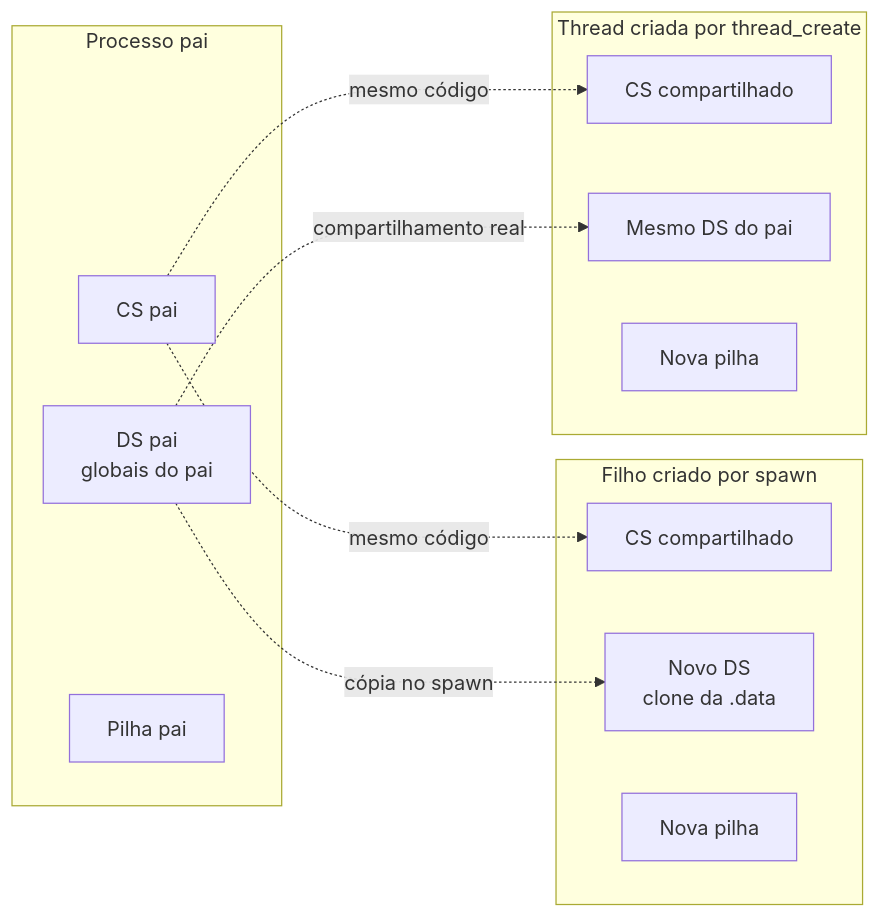
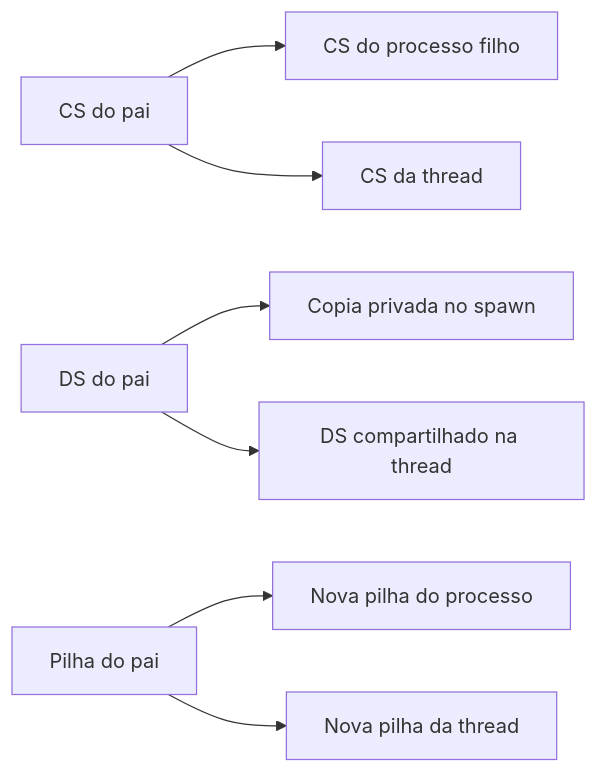
Before and after one commit to garme/cafe_os: the fourth of 6 diagrams in README.md, drawn with Mermaid. The commit also changed other lines of this file, not shown here.

````diff
--- a/README.md
+++ b/README.md
@@ -314,25 +309,9 @@
 ```mermaid
-flowchart LR
-    subgraph PAI[Processo pai]
-        PCS[CS pai]
-        PDS[DS pai<br/>globais do pai]
-        PSTK[Pilha pai]
-    end
-
-    subgraph SPAWN[Filho criado por spawn]
-        SCS[CS compartilhado]
-        SDS[Novo DS<br/>clone da .data]
-        SSTK[Nova pilha]
-    end
-
-    subgraph THREAD[Thread criada por thread_create]
-        TCS[CS compartilhado]
-        TDS[Mesmo DS do pai]
-        TSTK[Nova pilha]
-    end
-
-    PCS -. mesmo código .-> SCS
-    PCS -. mesmo código .-> TCS
-    PDS -. cópia no spawn .-> SDS
-    PDS -. compartilhamento real .-> TDS
+graph LR
+    PCS[CS do pai] --> SCS[CS do processo filho]
+    PCS --> TCS[CS da thread]
+    PDS[DS do pai] --> SDS[Copia privada no spawn]
+    PDS --> TDS[DS compartilhado na thread]
+    PSTK[Pilha do pai] --> SSTK[Nova pilha do processo]
+    PSTK --> TSTK[Nova pilha da thread]
 ```
````
